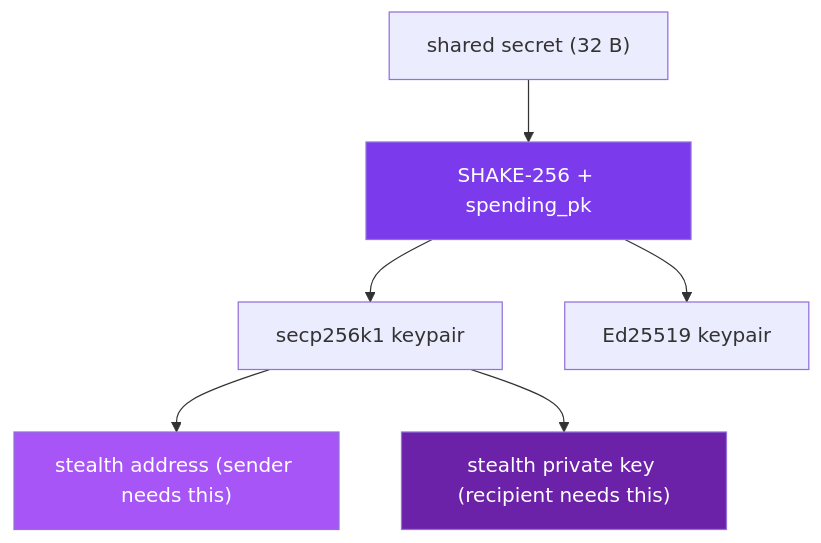
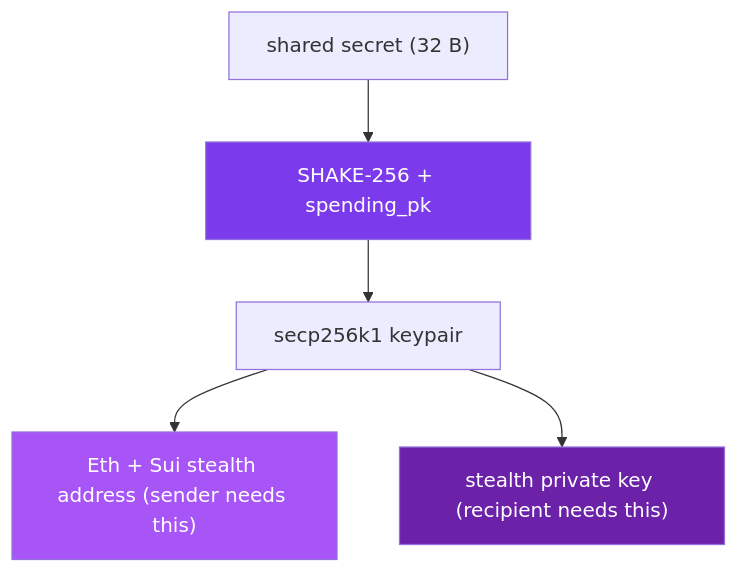
One commit to specter-privacy/docs changed the diagram in docs/under-the-hood/stealth-derivation.mdx. Above: the diagram before and after it, drawn with Mermaid. The commit also changed other lines of this file and 15 other files, not shown here.

````diff
--- a/docs/under-the-hood/stealth-derivation.mdx
+++ b/docs/under-the-hood/stealth-derivation.mdx
@@ -48,12 +48,11 @@
 ```mermaid
 flowchart TD
     SS["shared secret (32 B)"] --> SHAKE["SHAKE-256 + spending_pk"]
     SHAKE --> ETH["secp256k1 keypair"]
-    SHAKE --> SUI["Ed25519 keypair"]
-    ETH --> ADDR["stealth address (sender needs this)"]
+    ETH --> ADDR["Eth + Sui stealth address (sender needs this)"]
     ETH --> PRIV["stealth private key (recipient needs this)"]
 
     style SHAKE fill:#7c3aed,color:#fff
     style ADDR fill:#a855f7,color:#fff
     style PRIV fill:#6b21a8,color:#fff
 ```
````
